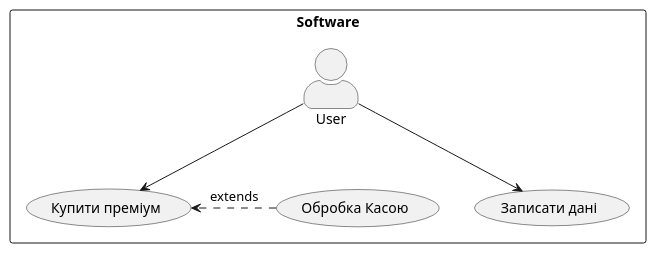
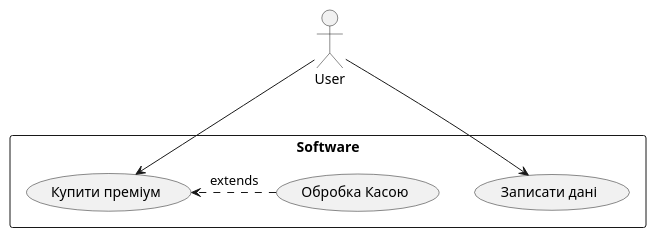
The diagram in 2-SoftwareDesign/2.7-PlantUML/UML-UseCase.puml (oleksandrblazhko/ai204-nesterenko), drawn with PlantUML before and after one commit.

```diff
--- a/2-SoftwareDesign/2.7-PlantUML/UML-UseCase.puml
+++ b/2-SoftwareDesign/2.7-PlantUML/UML-UseCase.puml
@@ -1,12 +1,12 @@
 @startuml
-skinparam actorStyle awesome
+actor User
 rectangle Software{
 :User: --> (Buy)
 :User: --> (SaveData)
 "Купити преміум" as (Buy)
 "Записати дані" as (SaveData)
 
     usecase (Обробка Касою)
    (Обробка Касою) .> (Buy) : extends
 }
 @enduml
```
